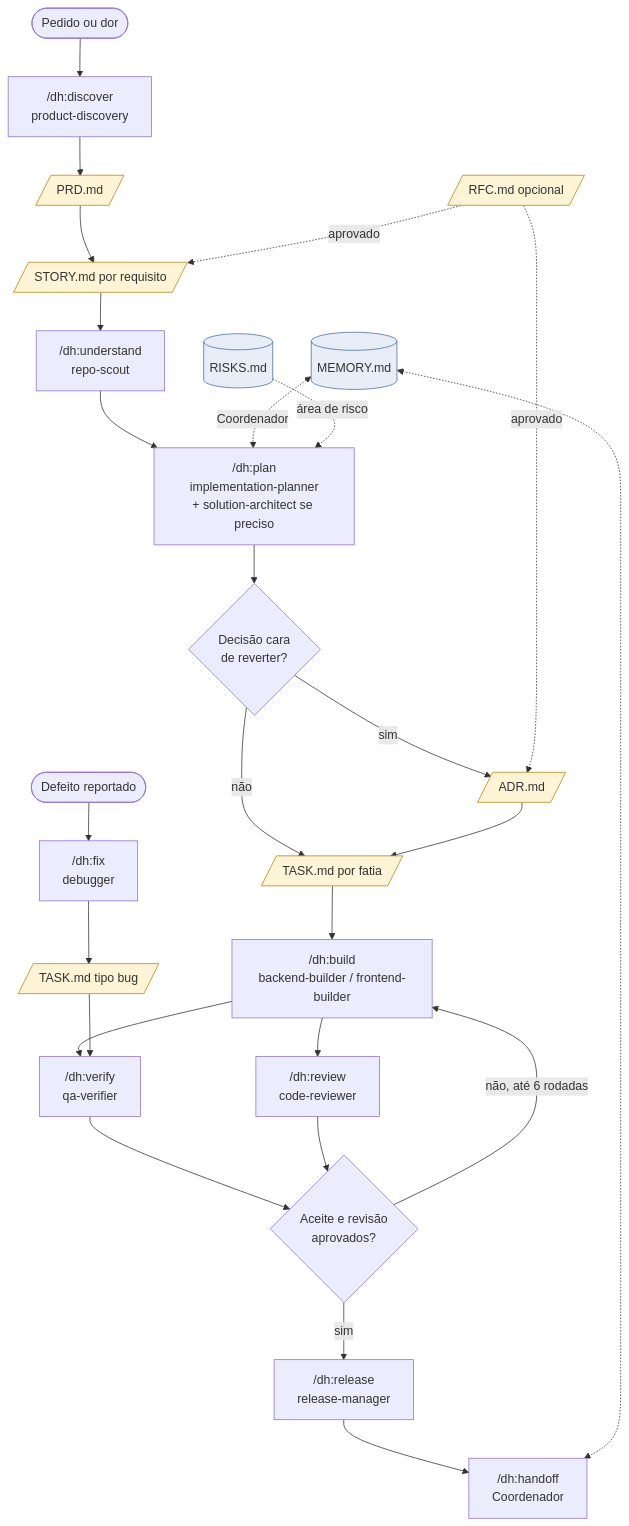
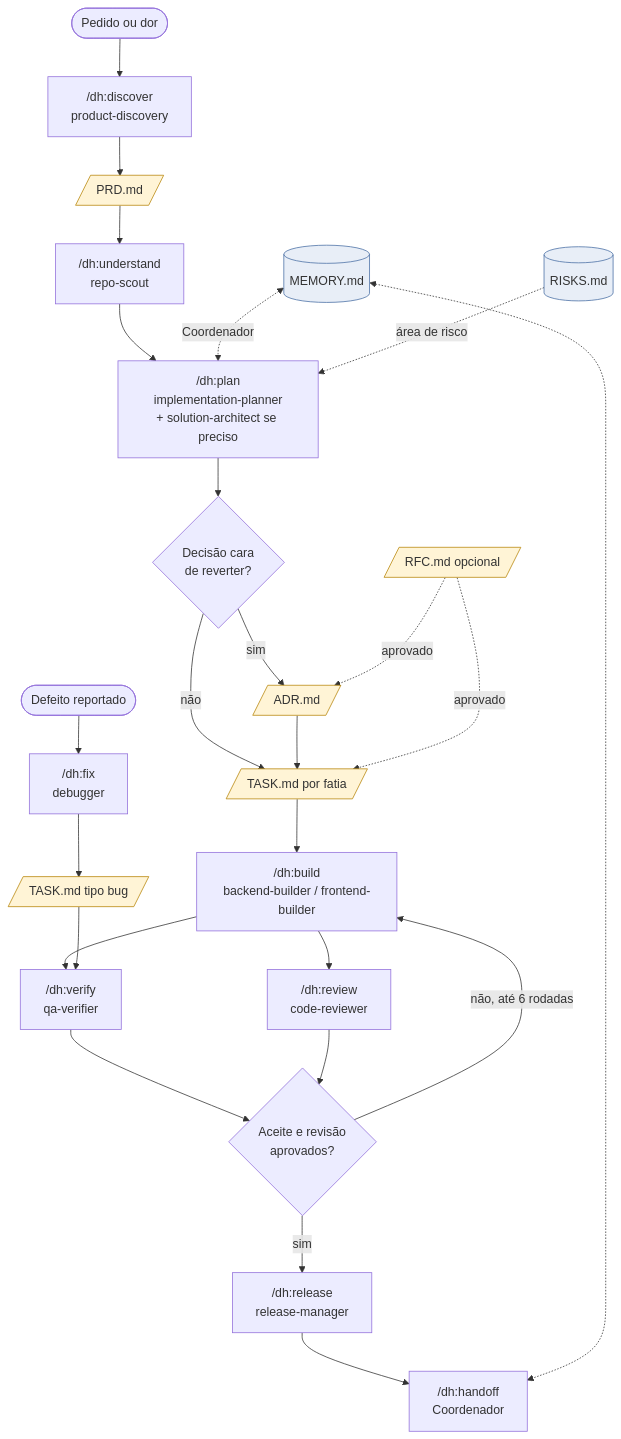
One commit to danielmalka/dev-harness changed the first of 2 diagrams in docs/tutoriais/templates.md. Above: the diagram before and after it, drawn with Mermaid. The commit also changed other lines of this file and 98 other files, not shown here.

First line of the commit message:
feat: PRD and ticket flow (PRD-007, 0.11.0) (#18)

````diff
--- a/docs/tutoriais/templates.md
+++ b/docs/tutoriais/templates.md
@@ -49,36 +50,35 @@
 ```mermaid
 flowchart TB
     ideia([Pedido ou dor]) --> discover["/dh:discover<br/>product-discovery"]
     discover --> prd[/PRD.md/]
-    prd --> stories[/STORY.md por requisito/]
-    stories --> understand["/dh:understand<br/>repo-scout"]
+    prd --> understand["/dh:understand<br/>repo-scout"]
     understand --> plan["/dh:plan<br/>implementation-planner<br/>+ solution-architect se preciso"]
     plan --> decisao{Decisão cara<br/>de reverter?}
     decisao -->|sim| adr[/ADR.md/]
     decisao -->|não| tasks
     adr --> tasks[/TASK.md por fatia/]
     tasks --> build["/dh:build<br/>backend-builder / frontend-builder"]
     build --> verify["/dh:verify<br/>qa-verifier"]
     build --> review["/dh:review<br/>code-reviewer"]
     verify --> ok{Aceite e revisão<br/>aprovados?}
     review --> ok
     ok -->|não, até 6 rodadas| build
     ok -->|sim| release["/dh:release<br/>release-manager"]
     release --> handoff["/dh:handoff<br/>Coordenador"]
 
     bug([Defeito reportado]) --> fix["/dh:fix<br/>debugger"]
     fix --> bugtask[/TASK.md tipo bug/]
     bugtask --> verify
 
     rfc[/RFC.md opcional/] -.->|aprovado| adr
-    rfc -.->|aprovado| stories
+    rfc -.->|aprovado| tasks
 
     memoria[(MEMORY.md)] <-.->|Coordenador| plan
     memoria <-.-> handoff
     risks[(RISKS.md)] -.->|área de risco| plan
 
     classDef doc fill:#fff4d6,stroke:#b8860b
     classDef mem fill:#e8eef7,stroke:#4a6fa5
-    class prd,stories,adr,tasks,bugtask,rfc doc
+    class prd,adr,tasks,bugtask,rfc doc
     class memoria,risks mem
 ```
````
